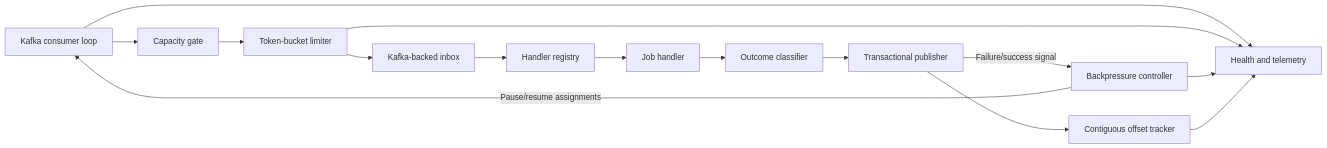
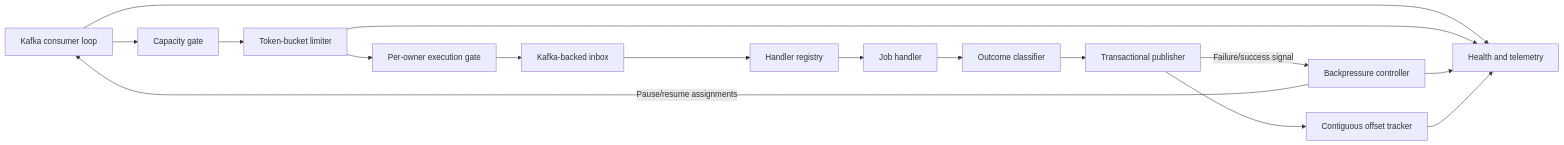
One commit to spakai/job_scheduling_simulation changed the third of 6 diagrams in specs/006-kafka-pull-job-scheduler/arc42.md. Above: the diagram before and after it, drawn with Mermaid. The commit also changed other lines of this file and 2 other files, not shown here.

Commit message:
docs: partition jobs by owner ID

````diff
--- a/specs/006-kafka-pull-job-scheduler/arc42.md
+++ b/specs/006-kafka-pull-job-scheduler/arc42.md
@@ -184,23 +186,24 @@
 ```mermaid
 flowchart LR
     consumer["Kafka consumer loop"]
     capacity["Capacity gate"]
     limiter["Token-bucket limiter"]
+    ownerGate["Per-owner execution gate"]
     inbox["Kafka-backed inbox"]
     registry["Handler registry"]
     handler["Job handler"]
     outcome["Outcome classifier"]
     publisher["Transactional publisher"]
     offsets["Contiguous offset tracker"]
     pressure["Backpressure controller"]
     health["Health and telemetry"]
 
-    consumer --> capacity --> limiter --> inbox --> registry --> handler --> outcome
+    consumer --> capacity --> limiter --> ownerGate --> inbox --> registry --> handler --> outcome
     outcome --> publisher --> offsets
     publisher -->|"Failure/success signal"| pressure
     pressure -->|"Pause/resume assignments"| consumer
     consumer --> health
     limiter --> health
     pressure --> health
     offsets --> health
 ```
````
